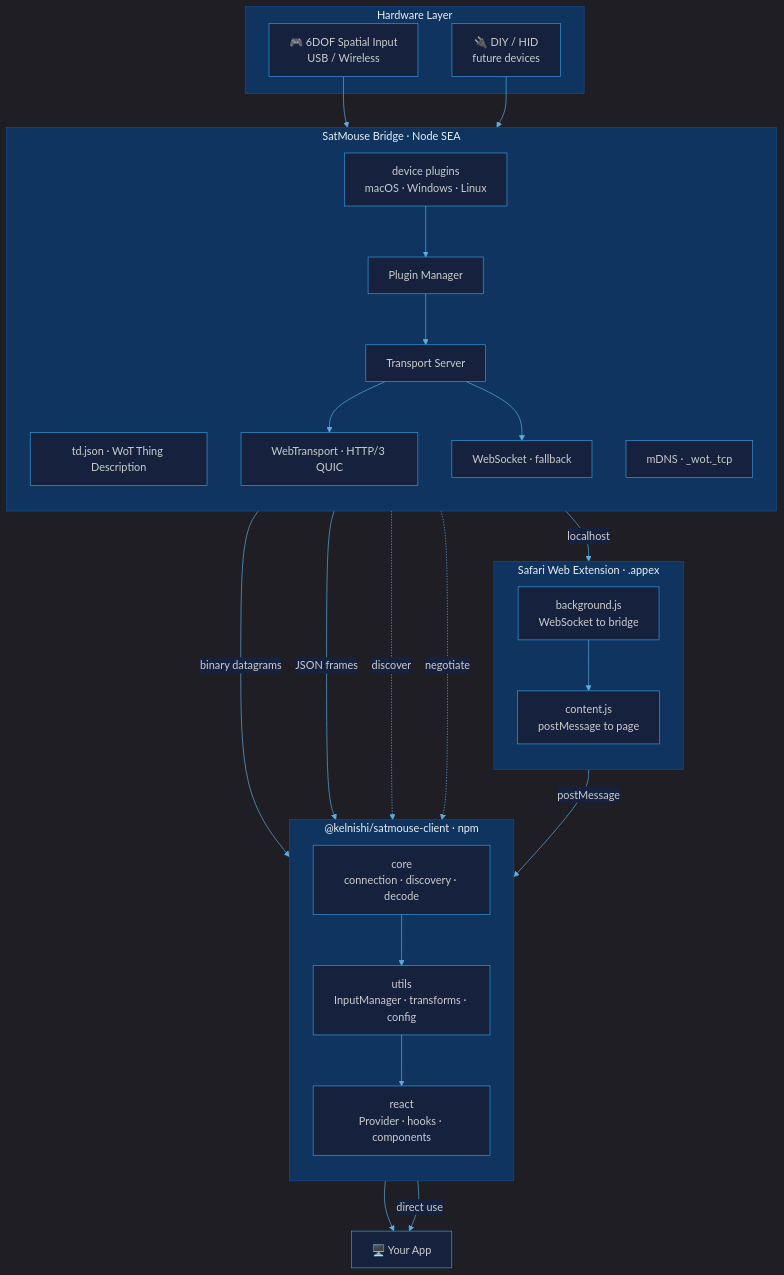
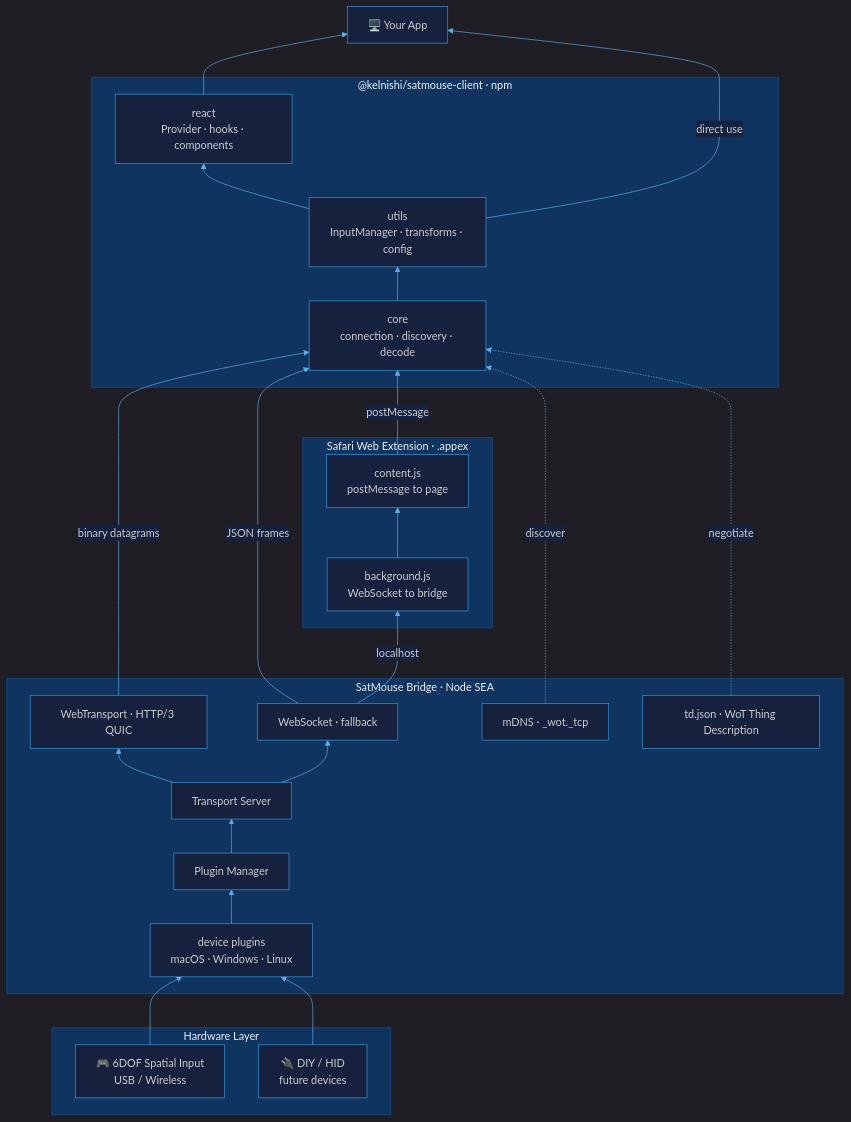
One commit to kelnishi/SatMouse changed the diagram in docs/architecture.mmd. Above: the diagram before and after it, drawn with Mermaid. The commit also changed 1 other file, not shown here.

Commit message:
Fix architecture diagram: use graph BT for correct layout

```diff
--- a/docs/architecture.mmd
+++ b/docs/architecture.mmd
@@ -1,51 +1,48 @@
 %%{init: {'theme': 'dark', 'themeVariables': { 'primaryColor': '#2980b9', 'primaryTextColor': '#ecf0f1', 'primaryBorderColor': '#3498db', 'lineColor': '#5dade2', 'secondaryColor': '#16213e', 'tertiaryColor': '#0f3460', 'background': '#1a1a2e', 'mainBkg': '#16213e', 'nodeBorder': '#3498db', 'clusterBkg': '#0f3460', 'clusterBorder': '#1a4a8a', 'titleColor': '#ecf0f1', 'edgeLabelBackground': '#16213e' }}}%%
 
-graph TB
-  APP[🖥️ Your App]
-
-  subgraph client ["@kelnishi/satmouse-client · npm"]
-    direction TB
-    REACT["react<br/>Provider · hooks · components"]
-    UTILS["utils<br/>InputManager · transforms · config"]
-    CORE["core<br/>connection · discovery · decode"]
-  end
-
-  subgraph ext [Safari Web Extension · .appex]
-    direction TB
-    CS[content.js<br/>postMessage to page]
-    BG[background.js<br/>WebSocket to bridge]
-  end
-
-  subgraph bridge [SatMouse Bridge · Node SEA]
-    direction TB
-    TD[td.json · WoT Thing Description]
-    MD[mDNS · _wot._tcp]
-    WT[WebTransport · HTTP/3 QUIC]
-    WS[WebSocket · fallback]
-    TS[Transport Server]
-    PM[Plugin Manager]
-    SP[device plugins<br/>macOS · Windows · Linux]
-  end
-
+graph BT
   subgraph hw [Hardware Layer]
     SM[🎮 6DOF Spatial Input<br/>USB / Wireless]
     DIY[🔌 DIY / HID<br/>future devices]
   end
 
-  REACT --> APP
-  UTILS -->|direct use| APP
-  UTILS --> REACT
-  CORE --> UTILS
+  subgraph bridge [SatMouse Bridge · Node SEA]
+    SP[device plugins<br/>macOS · Windows · Linux]
+    PM[Plugin Manager]
+    TS[Transport Server]
+    WT[WebTransport · HTTP/3 QUIC]
+    WS[WebSocket · fallback]
+    MD[mDNS · _wot._tcp]
+    TD[td.json · WoT Thing Description]
+  end
+
+  subgraph ext [Safari Web Extension · .appex]
+    BG[background.js<br/>WebSocket to bridge]
+    CS[content.js<br/>postMessage to page]
+  end
+
+  subgraph client ["@kelnishi/satmouse-client · npm"]
+    CORE["core<br/>connection · discovery · decode"]
+    UTILS["utils<br/>InputManager · transforms · config"]
+    REACT["react<br/>Provider · hooks · components"]
+  end
+
+  APP[🖥️ Your App]
+
+  SM --> SP
+  DIY --> SP
+  SP --> PM
+  PM --> TS
+  TS --> WT
+  TS --> WS
+  WS -->|localhost| BG
+  BG --> CS
   WT -->|binary datagrams| CORE
   WS -->|JSON frames| CORE
   CS -->|postMessage| CORE
   MD -.->|discover| CORE
   TD -.->|negotiate| CORE
-  BG --> CS
-  WS -->|localhost| BG
-  TS --> WT
-  TS --> WS
-  PM --> TS
-  SP --> PM
-  SM --> SP
-  DIY --> SP
+  CORE --> UTILS
+  UTILS --> REACT
+  REACT --> APP
+  UTILS -->|direct use| APP
```
